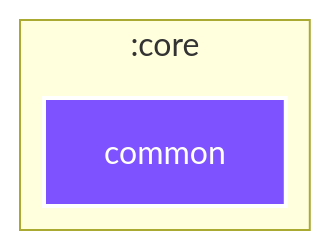
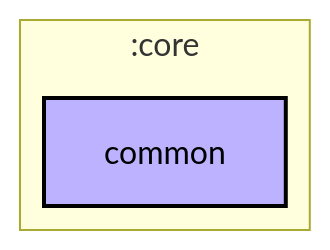
One commit to android/nowinandroid changed the diagram in core/common/README.md. Above: the diagram before and after it, drawn with Mermaid. The commit also changed other lines of this file and 28 other files, not shown here.

````diff
--- a/core/common/README.md
+++ b/core/common/README.md
@@ -4,19 +6,20 @@
 ```mermaid
 ---
 config:
   layout: elk
   elk:
     nodePlacementStrategy: SIMPLE
 ---
 graph TB
   subgraph :core
     direction TB
-    :core:common[common]:::jvm
+    :core:common[common]:::jvm-library
   end
 
-classDef android-application fill:#7F52FF,stroke:#fff,stroke-width:2px,color:#fff;
-classDef android-library fill:#3BD482,stroke:#fff,stroke-width:2px,color:#fff;
-classDef android-test fill:#3BD482,stroke:#fff,stroke-width:2px,color:#fff;
-classDef jvm fill:#7F52FF,stroke:#fff,stroke-width:2px,color:#fff;
-classDef unknown fill:#FF0000,stroke:#fff,stroke-width:2px,color:#fff;
+classDef android-application fill:#CAFFBF,stroke:#000,stroke-width:2px,color:#000;
+classDef android-feature fill:#FFD6A5,stroke:#000,stroke-width:2px,color:#000;
+classDef android-library fill:#9BF6FF,stroke:#000,stroke-width:2px,color:#000;
+classDef android-test fill:#A0C4FF,stroke:#000,stroke-width:2px,color:#000;
+classDef jvm-library fill:#BDB2FF,stroke:#000,stroke-width:2px,color:#000;
+classDef unknown fill:#FFADAD,stroke:#000,stroke-width:2px,color:#000;
 ```
````
